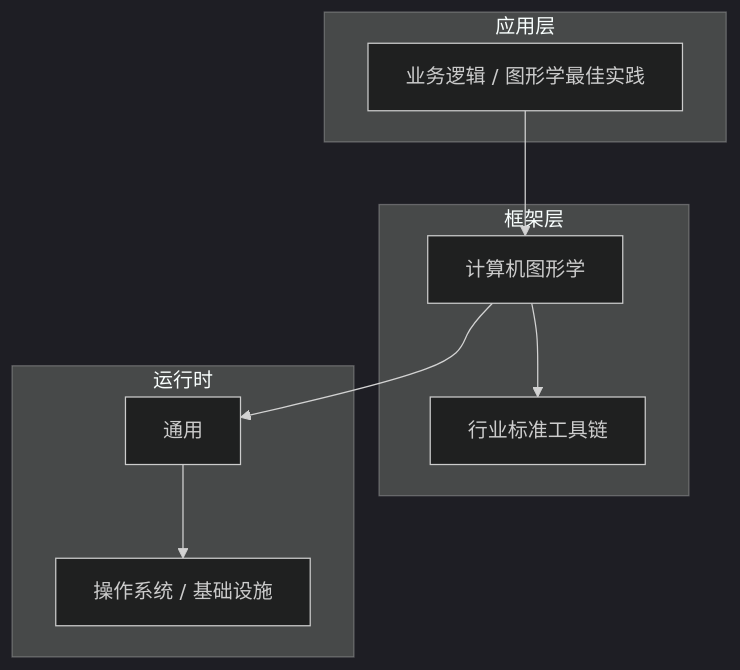
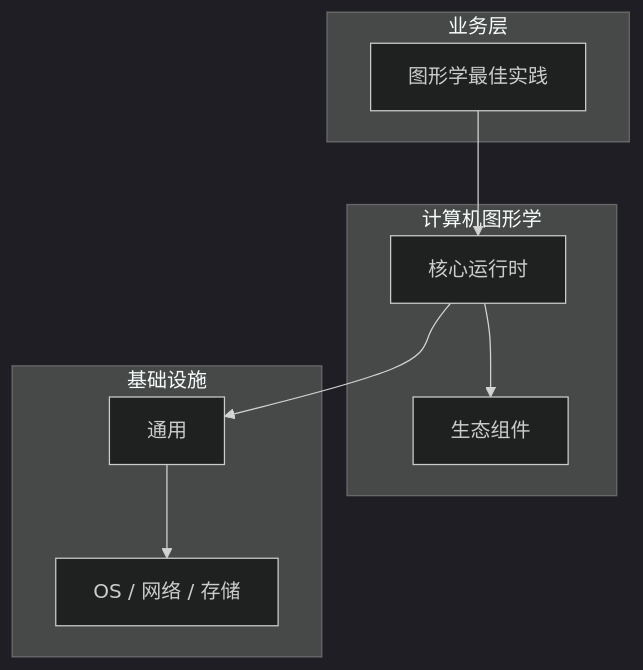
One commit to yanggan2015/knowledge-json-v2 changed the diagram in articles/计算机图形学/chapters/076-图形学最佳实践核心概念与原理.md. Above: the diagram before and after it, drawn with Mermaid (dark theme). The commit also changed other lines of this file and 10127 other files, not shown here.

````diff
--- a/articles/计算机图形学/chapters/076-图形学最佳实践核心概念与原理.md
+++ b/articles/计算机图形学/chapters/076-图形学最佳实践核心概念与原理.md
@@ -45,18 +34,18 @@
 ```mermaid
 graph TB
-    subgraph 应用层
-        A[业务逻辑 / 图形学最佳实践]
+    subgraph 业务层
+        A[图形学最佳实践]
     end
-    subgraph 框架层
-        B[计算机图形学]
-        C[行业标准工具链]
+    subgraph 计算机图形学
+        B[核心运行时]
+        C[生态组件]
     end
-    subgraph 运行时
+    subgraph 基础设施
         D[通用]
-        E[操作系统 / 基础设施]
+        E[OS / 网络 / 存储]
     end
     A --> B
     B --> C
     B --> D
     D --> E
 ```
````
